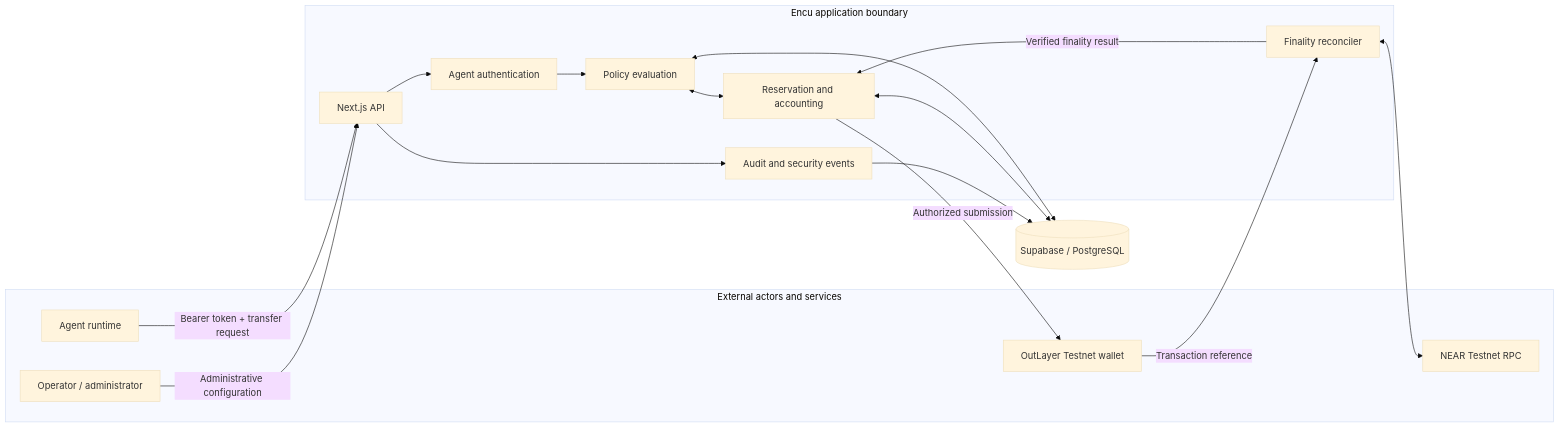
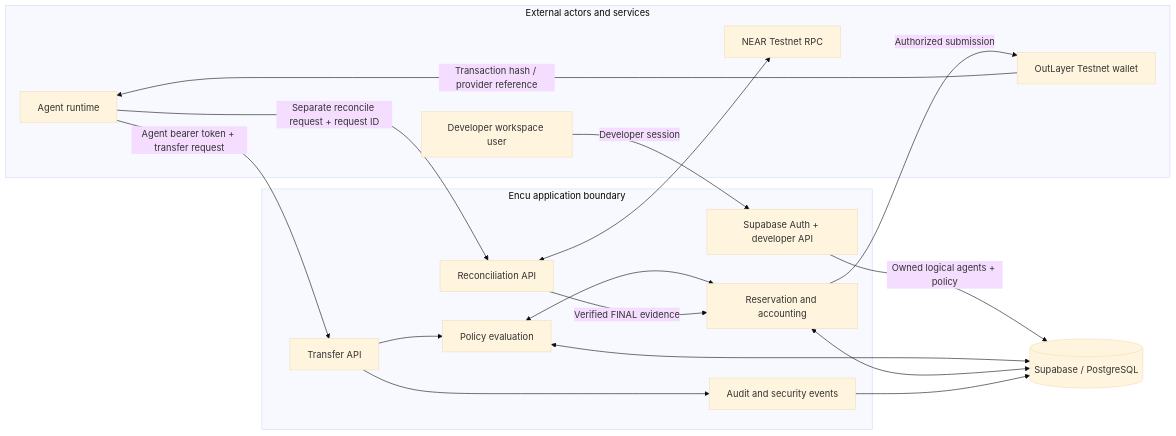
The first of 2 diagrams in docs/ARCHITECTURE.md (BigWave45/Encu), drawn with Mermaid (base theme) before and after one commit. The commit also changed other lines of this file, not shown here.

Commit message:
Correct architecture for separate transfer and reconciliation APIs

````diff
--- a/docs/ARCHITECTURE.md
+++ b/docs/ARCHITECTURE.md
@@ -7,31 +7,32 @@
 ```mermaid
 flowchart LR
     subgraph External["External actors and services"]
+      DEV["Developer workspace user"]
       AG["Agent runtime"]
-      OP["Operator / administrator"]
       OL["OutLayer Testnet wallet"]
       RPC["NEAR Testnet RPC"]
     end
     subgraph ENCU["Encu application boundary"]
-      API["Next.js API"]
-      AUTH["Agent authentication"]
+      AUTH["Supabase Auth + developer API"]
+      API["Transfer API"]
       POLICY["Policy evaluation"]
       LEDGER["Reservation and accounting"]
+      RECON["Reconciliation API"]
       AUDIT["Audit and security events"]
-      RECON["Finality reconciler"]
     end
     DB[("Supabase / PostgreSQL")]
-    AG -->|"Bearer token + transfer request"| API
-    OP -->|"Administrative configuration"| API
-    API --> AUTH
-    AUTH --> POLICY
+    DEV -->|"Developer session"| AUTH
+    AUTH -->|"Owned logical agents + policy"| DB
+    AG -->|"Agent bearer token + transfer request"| API
+    API --> POLICY
     POLICY <--> LEDGER
     POLICY <--> DB
     LEDGER <--> DB
     API --> AUDIT
     AUDIT --> DB
     LEDGER -->|"Authorized submission"| OL
-    OL -->|"Transaction reference"| RECON
+    OL -->|"Transaction hash / provider reference"| AG
+    AG -->|"Separate reconcile request + request ID"| RECON
     RECON <--> RPC
-    RECON -->|"Verified finality result"| LEDGER
+    RECON -->|"Verified FINAL evidence"| LEDGER
 ```
````
